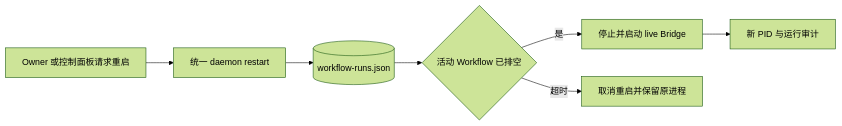
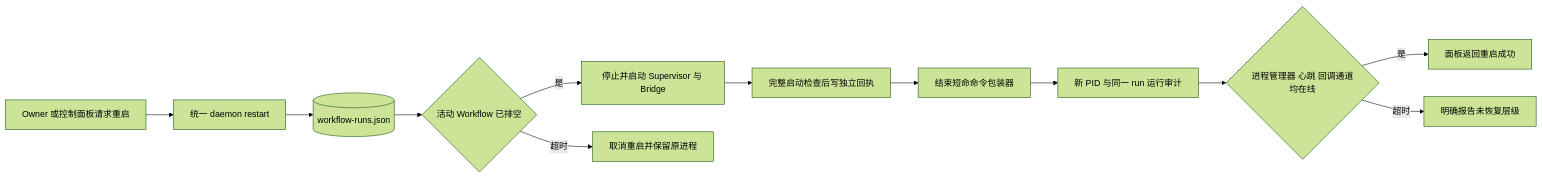
One commit to dddfuxi/codex-im-suite changed the seventh of 22 diagrams in release/installer/payload/docs/PROJECT-ARCHITECTURE.md. Above: the diagram before and after it, drawn with Mermaid (forest theme). The commit also changed other lines of this file and 121 other files, not shown here.

````diff
--- a/release/installer/payload/docs/PROJECT-ARCHITECTURE.md
+++ b/release/installer/payload/docs/PROJECT-ARCHITECTURE.md
@@ -265,9 +266,14 @@
 ```mermaid
 flowchart LR
   RestartRequest[Owner 或控制面板请求重启] --> DaemonRestart[统一 daemon restart]
   DaemonRestart --> WorkflowState[(workflow-runs.json)]
   WorkflowState --> Drain{活动 Workflow 已排空}
-  Drain -->|是| StopStart[停止并启动 live Bridge]
+  Drain -->|是| StopStart[停止并启动 Supervisor 与 Bridge]
   Drain -->|超时| Postpone[取消重启并保留原进程]
-  StopStart --> RuntimeAudit[新 PID 与运行审计]
+  StopStart --> StartReceipt[完整启动检查后写独立回执]
+  StartReceipt --> RetireWrapper[结束短命命令包装器]
+  RetireWrapper --> RuntimeAudit[新 PID 与同一 run 运行审计]
+  RuntimeAudit --> Readiness{进程管理器 心跳 回调通道均在线}
+  Readiness -->|是| RestartComplete[面板返回重启成功]
+  Readiness -->|超时| RestartIncomplete[明确报告未恢复层级]
 ```
````
